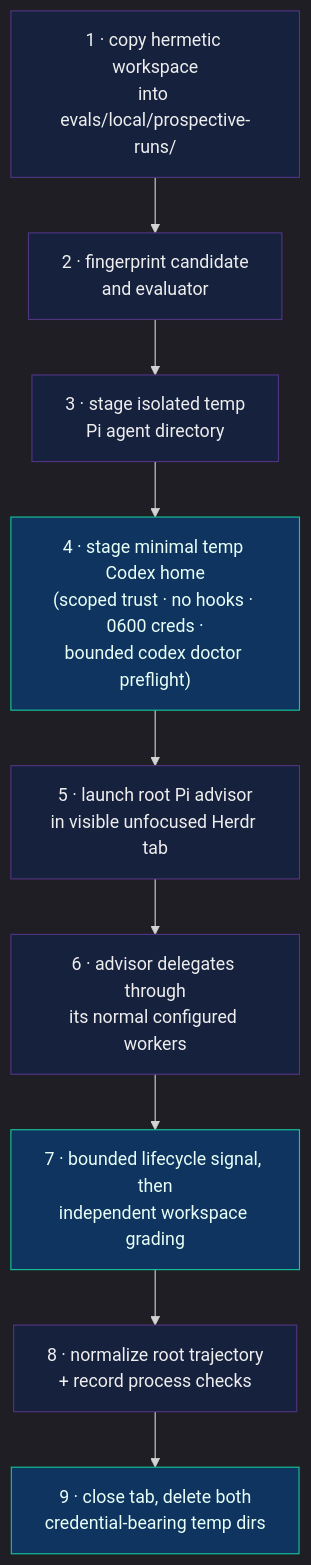
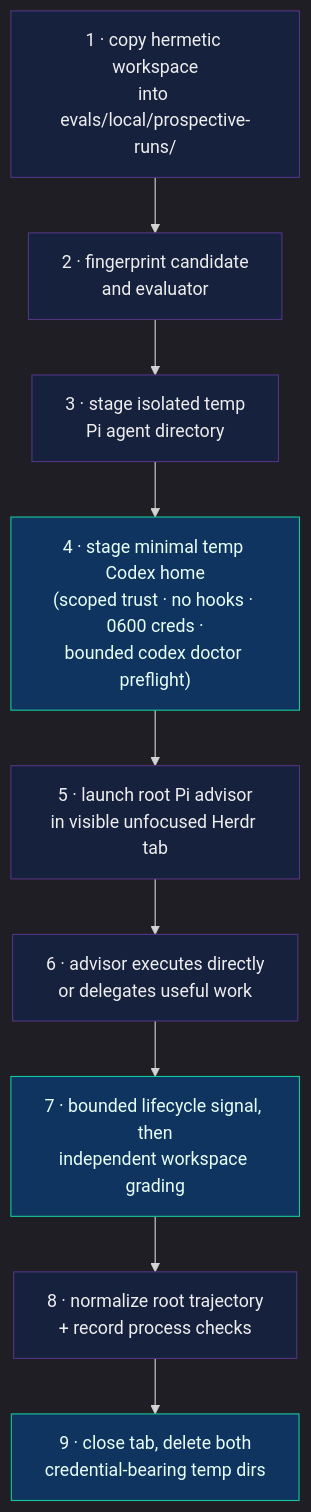
Before and after one commit to nourhelmi/pi-meta-harness: the second of 2 diagrams in docs/advisor-evals.md, drawn with Mermaid. The commit also changed other lines of this file and 42 other files, not shown here.

````diff
--- a/docs/advisor-evals.md
+++ b/docs/advisor-evals.md
@@ -159,20 +159,20 @@
 ```mermaid
 ---
 config:
   theme: dark
 ---
 flowchart TB
   A["1 · copy hermetic workspace\ninto evals/local/prospective-runs/"] --> B["2 · fingerprint candidate\nand evaluator"]
   B --> C["3 · stage isolated temp\nPi agent directory"]
   C --> D["4 · stage minimal temp Codex home\n(scoped trust · no hooks · 0600 creds ·\nbounded codex doctor preflight)"]
   D --> E["5 · launch root Pi advisor\nin visible unfocused Herdr tab"]
-  E --> F["6 · advisor delegates through\nits normal configured workers"]
+  E --> F["6 · advisor executes directly\nor delegates useful work"]
   F --> G["7 · bounded lifecycle signal, then\nindependent workspace grading"]
   G --> H["8 · normalize root trajectory\n+ record process checks"]
   H --> I["9 · close tab, delete both\ncredential-bearing temp dirs"]
 
   classDef step fill:#16213e,stroke:#533483,color:#eee
   classDef guard fill:#0f3460,stroke:#16c79a,color:#e8fff7
   class A,B,C,E,F,H step
   class D,G,I guard
 ```
````
